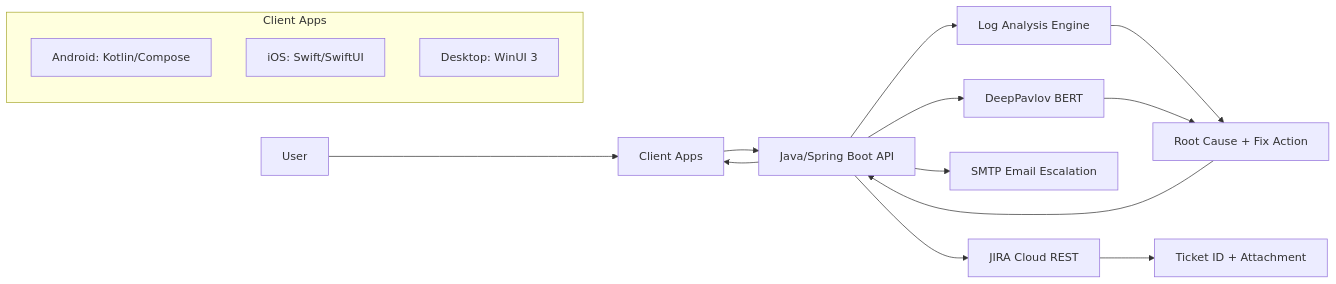
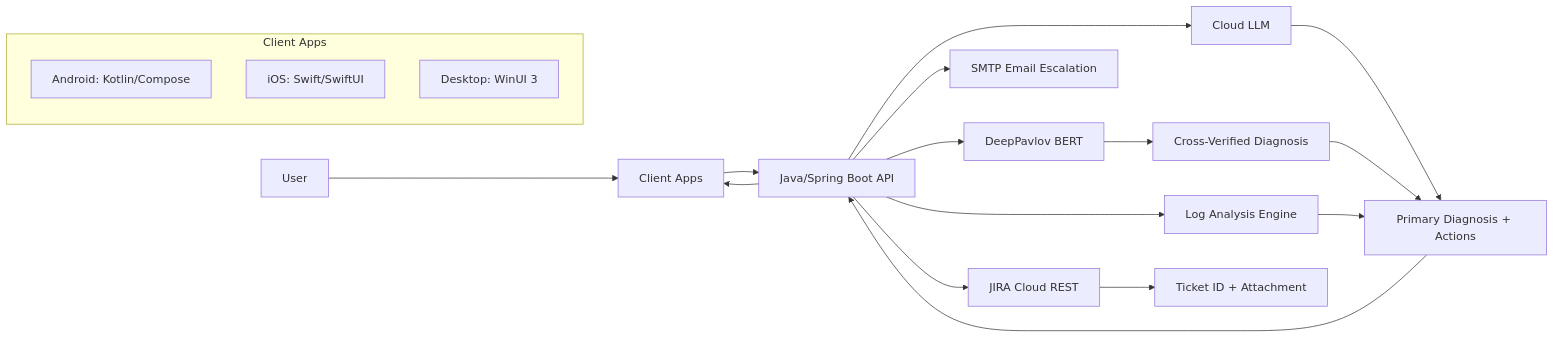
The first of 3 diagrams in docs/DIAGRAMS.md (winitramesh2/AegisAgent), drawn with Mermaid before and after one commit. The commit also changed other lines of this file and 4 other files, not shown here.

````diff
--- a/docs/DIAGRAMS.md
+++ b/docs/DIAGRAMS.md
@@ -4,23 +4,26 @@
 ```mermaid
 flowchart LR
   User[User] --> Clients[Client Apps]
 
   subgraph Client Apps
     Android[Android: Kotlin/Compose]
     iOS[iOS: Swift/SwiftUI]
     Desktop[Desktop: WinUI 3]
   end
 
   Clients --> API[Java/Spring Boot API]
 
+  API --> Cloud[Cloud LLM]
   API --> AI[DeepPavlov BERT]
   API --> Logs[Log Analysis Engine]
   API --> Email[SMTP Email Escalation]
   API --> JIRA[JIRA Cloud REST]
 
-  Logs --> Result[Root Cause + Fix Action]
-  AI --> Result
-  Result --> API
+  Cloud --> ResultA[Primary Diagnosis + Actions]
+  AI --> ResultB[Cross-Verified Diagnosis]
+  ResultB --> ResultA
+  Logs --> ResultA
+  ResultA --> API
   JIRA --> Ticket[Ticket ID + Attachment]
   API --> Clients
 ```
````
